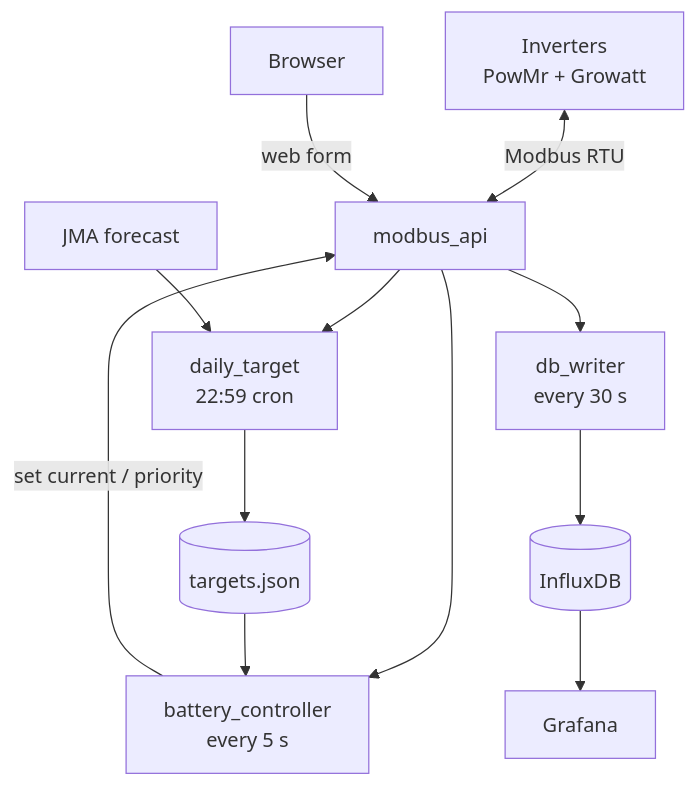
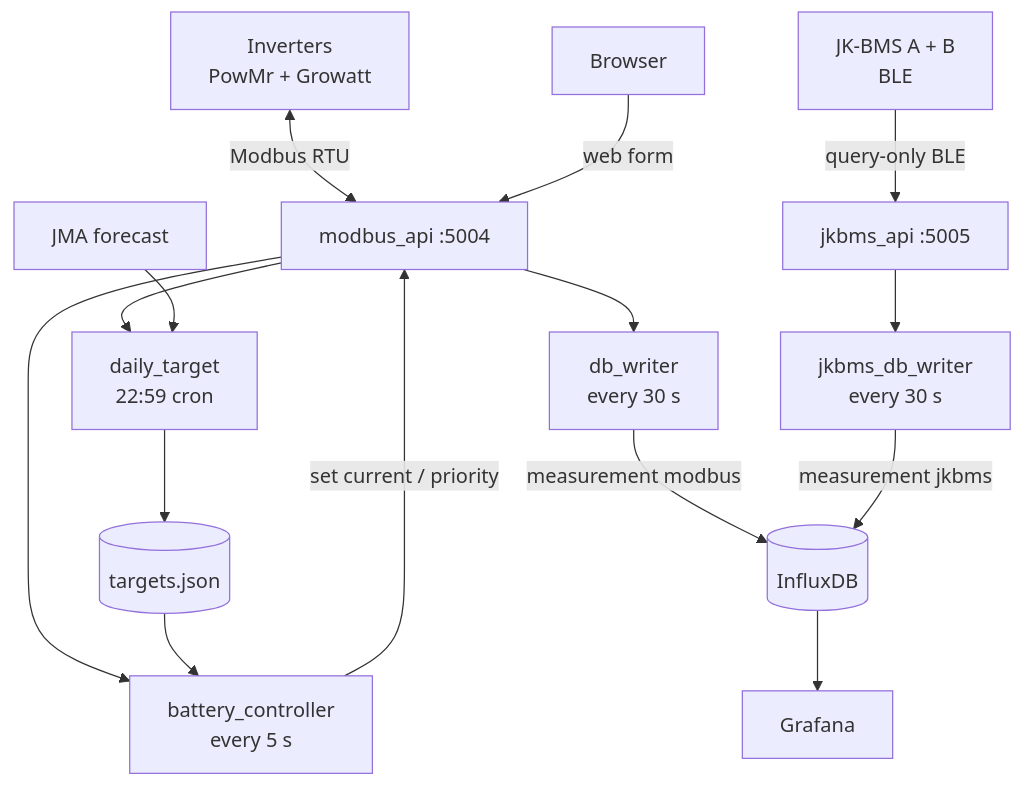
Before and after one commit to sadaoikebe/srne-solar-controller: the diagram in README.md, drawn with Mermaid. The commit also changed other lines of this file and 11 other files, not shown here.

````diff
--- a/README.md
+++ b/README.md
@@ -22,20 +26,25 @@
 ```mermaid
 graph TD
     INV[Inverters<br/>PowMr + Growatt]
+    BMS[JK-BMS A + B<br/>BLE]
     JMA[JMA forecast]
     USER[Browser]
 
-    INV <-->|Modbus RTU| API[modbus_api]
+    INV <-->|Modbus RTU| API[modbus_api :5004]
+    BMS -->|query-only BLE| JB[jkbms_api :5005]
     USER -->|web form| API
 
     API --> BC[battery_controller<br/>every 5 s]
     API --> DW[db_writer<br/>every 30 s]
     API --> DT[daily_target<br/>22:59 cron]
+    JB --> JW[jkbms_db_writer<br/>every 30 s]
     BC -->|set current / priority| API
 
     JMA --> DT
     DT --> TJ[(targets.json)]
     TJ --> BC
 
-    DW --> IF[(InfluxDB)] --> GF[Grafana]
+    DW -->|measurement modbus| IF[(InfluxDB)]
+    JW -->|measurement jkbms| IF
+    IF --> GF[Grafana]
 ```
````
